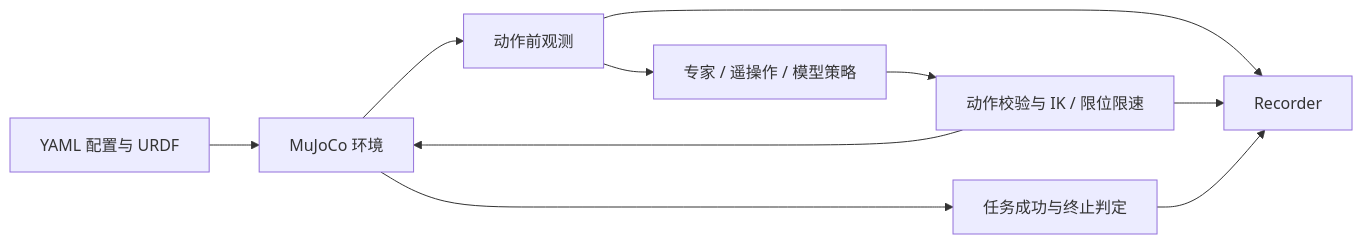
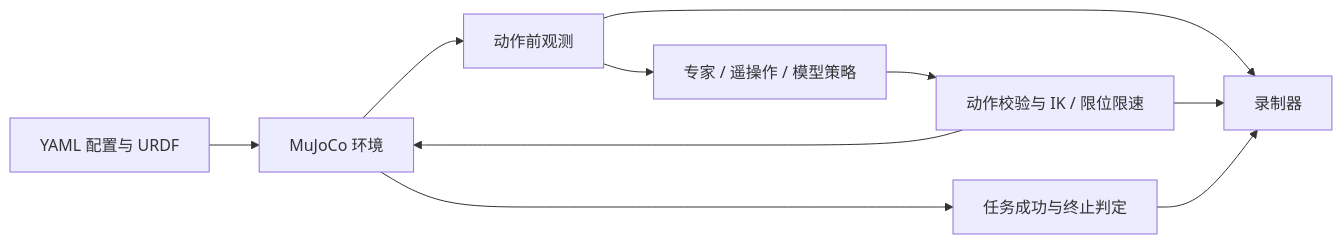
The first of 2 diagrams in docs/architecture.md (Eter0109/a3_dual_arm_sim), drawn with Mermaid before and after one commit. The commit also changed other lines of this file and 19 other files, not shown here.

````diff
--- a/docs/architecture.md
+++ b/docs/architecture.md
@@ -24,12 +24,12 @@
 ```mermaid
 flowchart LR
   C[YAML 配置与 URDF] --> E[MuJoCo 环境]
   E --> O[动作前观测]
   O --> P[专家 / 遥操作 / 模型策略]
   P --> A[动作校验与 IK / 限位限速]
   A --> E
   E --> T[任务成功与终止判定]
-  O --> R[Recorder]
+  O --> R[录制器]
   A --> R
   T --> R
 ```
````
